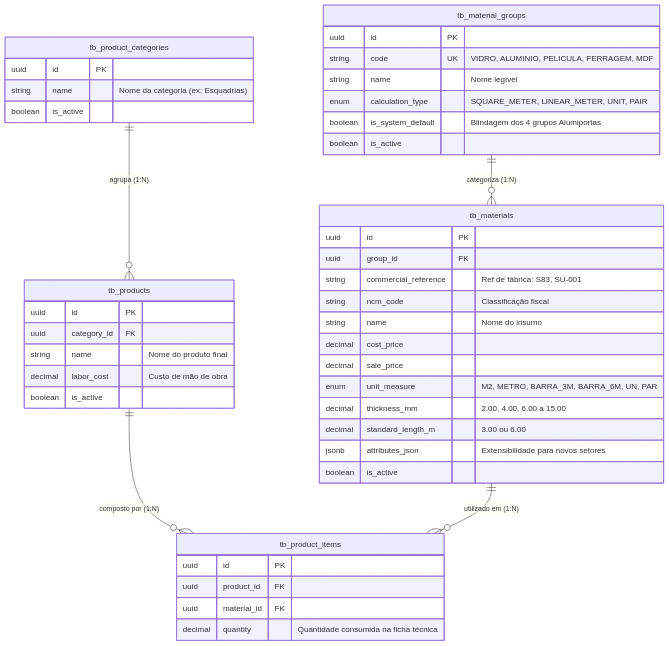
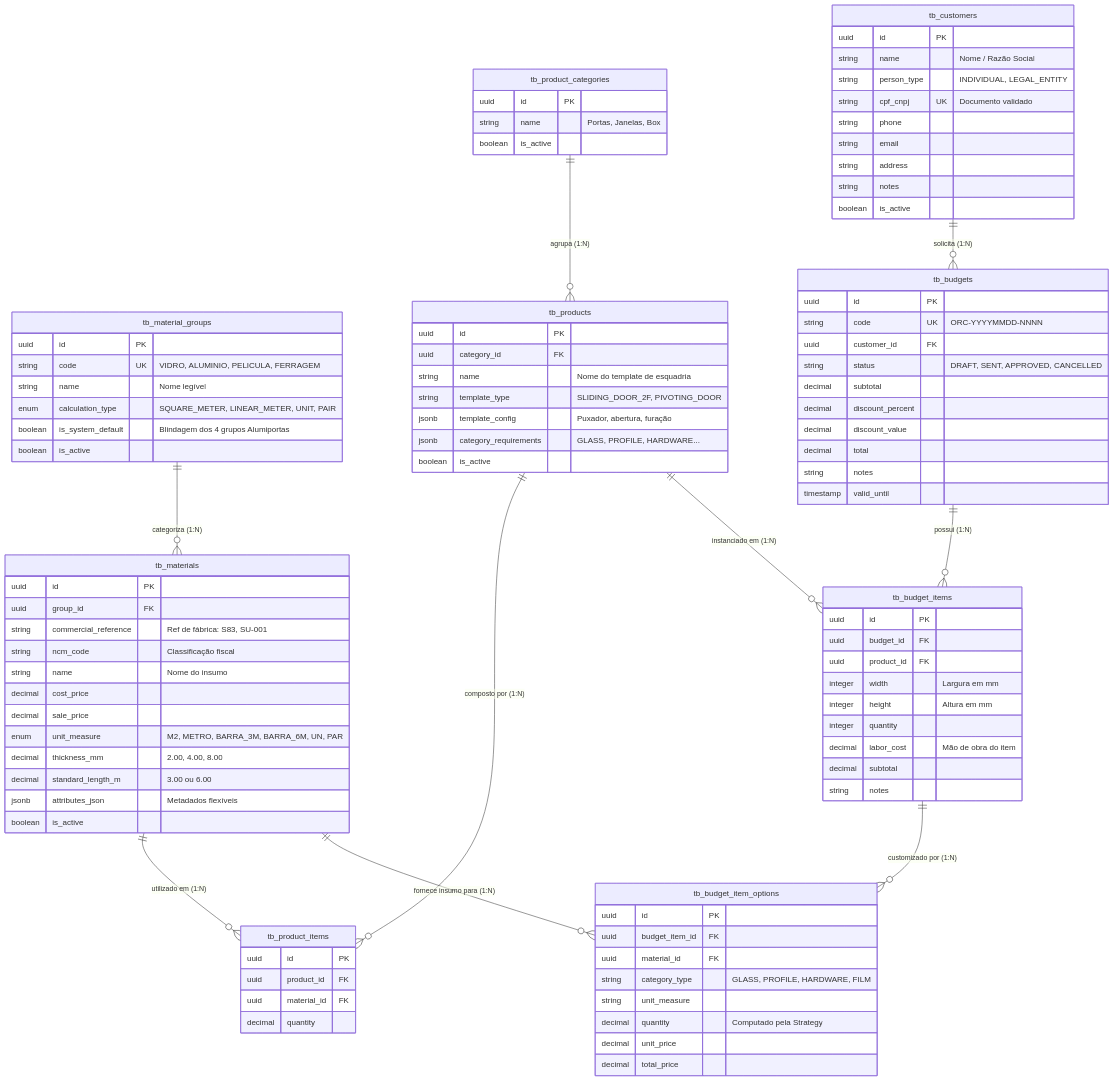
One commit to ADS-IFPB-SR/alumigest changed the diagram in docs/sistema/001-analise-projeto/MER-Modelo_de_Dados.md. Above: the diagram before and after it, drawn with Mermaid. The commit also changed other lines of this file and 93 other files, not shown here.

````diff
--- a/docs/sistema/001-analise-projeto/MER-Modelo_de_Dados.md
+++ b/docs/sistema/001-analise-projeto/MER-Modelo_de_Dados.md
@@ -15,10 +17,16 @@
     tb_product_categories ||--o{ tb_products : "agrupa (1:N)"
     tb_products ||--o{ tb_product_items : "composto por (1:N)"
     tb_materials ||--o{ tb_product_items : "utilizado em (1:N)"
+    
+    tb_customers ||--o{ tb_budgets : "solicita (1:N)"
+    tb_budgets ||--o{ tb_budget_items : "possui (1:N)"
+    tb_products ||--o{ tb_budget_items : "instanciado em (1:N)"
+    tb_budget_items ||--o{ tb_budget_item_options : "customizado por (1:N)"
+    tb_materials ||--o{ tb_budget_item_options : "fornece insumo para (1:N)"
 
     tb_material_groups {
         uuid id PK
-        string code UK "VIDRO, ALUMINIO, PELICULA, FERRAGEM, MDF"
+        string code UK "VIDRO, ALUMINIO, PELICULA, FERRAGEM"
         string name "Nome legível"
         enum calculation_type "SQUARE_METER, LINEAR_METER, UNIT, PAIR"
         boolean is_system_default "Blindagem dos 4 grupos Alumiportas"
@@ -34,23 +42,25 @@
         decimal cost_price
         decimal sale_price
         enum unit_measure "M2, METRO, BARRA_3M, BARRA_6M, UN, PAR"
-        decimal thickness_mm "2.00, 4.00, 6.00 a 15.00"
+        decimal thickness_mm "2.00, 4.00, 8.00"
         decimal standard_length_m "3.00 ou 6.00"
-        jsonb attributes_json "Extensibilidade para novos setores"
+        jsonb attributes_json "Metadados flexíveis"
         boolean is_active
     }
 
     tb_product_categories {
         uuid id PK
-        string name "Nome da categoria (ex: Esquadrias)"
+        string name "Portas, Janelas, Box"
         boolean is_active
     }
 
     tb_products {
         uuid id PK
         uuid category_id FK
-        string name "Nome do produto final"
-        decimal labor_cost "Custo de mão de obra"
+        string name "Nome do template de esquadria"
+        string template_type "SLIDING_DOOR_2F, PIVOTING_DOOR"
+        jsonb template_config "Puxador, abertura, furação"
+        jsonb category_requirements "GLASS, PROFILE, HARDWARE..."
         boolean is_active
     }
 
@@ -58,6 +68,54 @@
         uuid id PK
         uuid product_id FK
         uuid material_id FK
-        decimal quantity "Quantidade consumida na ficha técnica"
+        decimal quantity
+    }
+
+    tb_customers {
+        uuid id PK
+        string name "Nome / Razão Social"
+        string person_type "INDIVIDUAL, LEGAL_ENTITY"
+        string cpf_cnpj UK "Documento validado"
+        string phone
+        string email
+        string address
+        string notes
+        boolean is_active
+    }
+
+    tb_budgets {
+        uuid id PK
+        string code UK "ORC-YYYYMMDD-NNNN"
+        uuid customer_id FK
+        string status "DRAFT, SENT, APPROVED, CANCELLED"
+        decimal subtotal
+        decimal discount_percent
+        decimal discount_value
+        decimal total
+        string notes
+        timestamp valid_until
+    }
+
+    tb_budget_items {
+        uuid id PK
+        uuid budget_id FK
+        uuid product_id FK
+        integer width "Largura em mm"
+        integer height "Altura em mm"
+        integer quantity
+        decimal labor_cost "Mão de obra do item"
+        decimal subtotal
+        string notes
+    }
+
+    tb_budget_item_options {
+        uuid id PK
+        uuid budget_item_id FK
+        uuid material_id FK
+        string category_type "GLASS, PROFILE, HARDWARE, FILM"
+        string unit_measure
+        decimal quantity "Computado pela Strategy"
+        decimal unit_price
+        decimal total_price
     }
 ```
````
